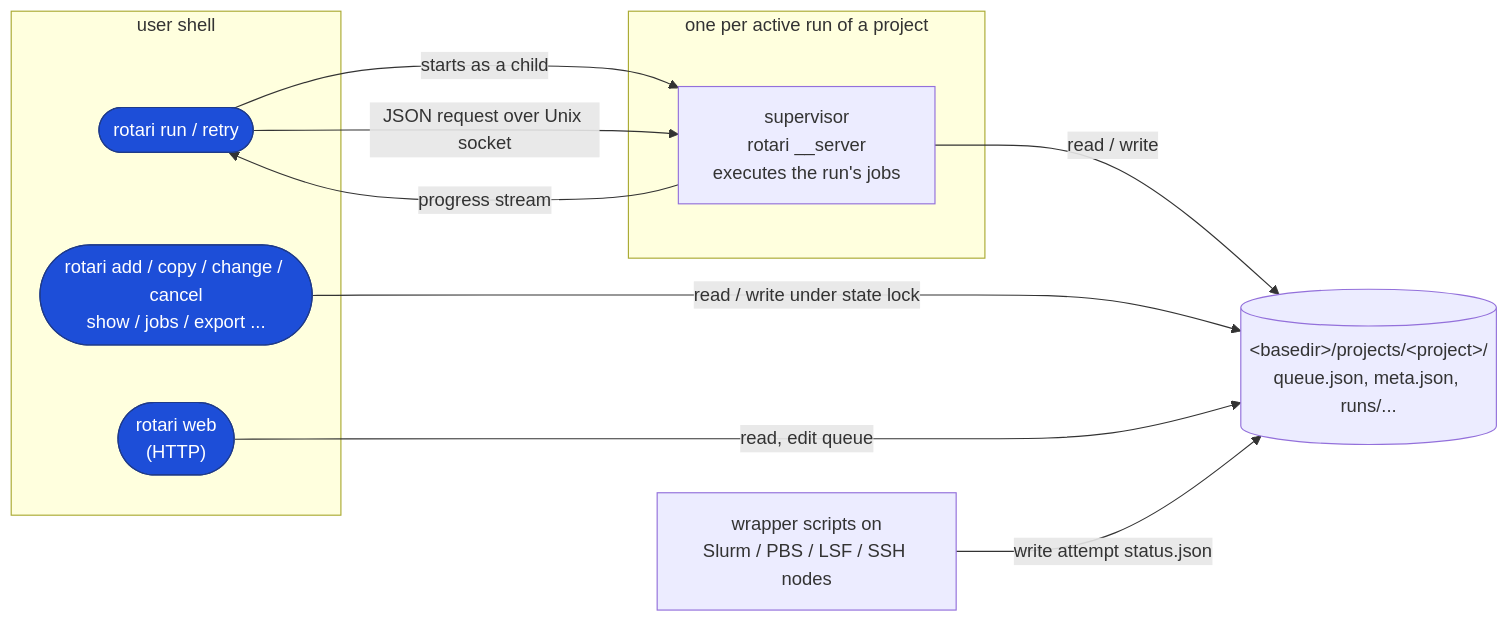
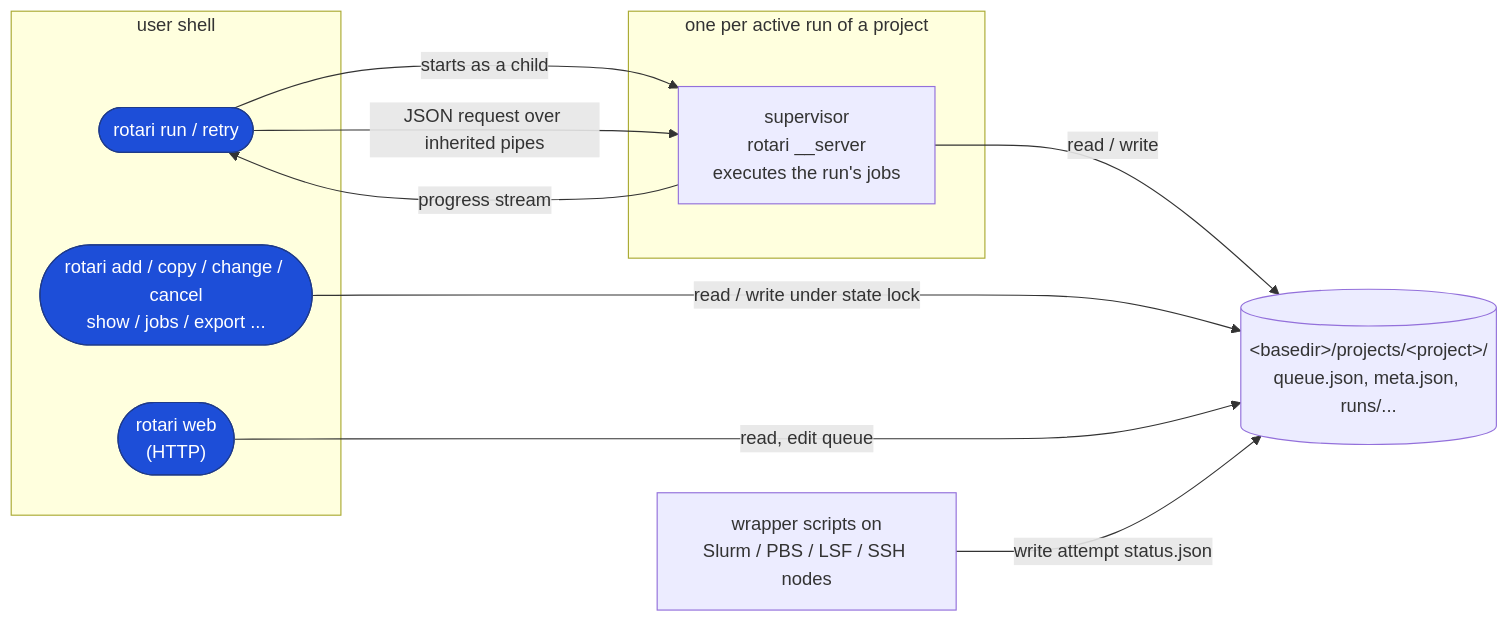
The first of 2 diagrams in docs/ARCHITECTURE.md (kamo-naoyuki/rotari), drawn with Mermaid before and after one commit. The commit also changed other lines of this file and 38 other files, not shown here.

First line of the commit message:
Connect run to its supervisor over inherited pipes

````diff
--- a/docs/ARCHITECTURE.md
+++ b/docs/ARCHITECTURE.md
@@ -17,24 +17,24 @@
 ```mermaid
 flowchart LR
   subgraph clients["user shell"]
     runcli(["rotari run / retry"])
     direct(["rotari add / copy / change / cancel<br/>show / jobs / export ..."])
     webcli(["rotari web<br/>(HTTP)"])
   end
   subgraph sup["one per active run of a project"]
     supervisor["supervisor<br/>rotari __server<br/>executes the run's jobs"]
   end
   files[("&lt;basedir&gt;/projects/&lt;project&gt;/<br/>queue.json, meta.json, runs/...")]
   nodes["wrapper scripts on<br/>Slurm / PBS / LSF / SSH nodes"]
 
   runcli -->|"starts as a child"| supervisor
-  runcli -->|"JSON request over Unix socket"| supervisor
+  runcli -->|"JSON request over inherited pipes"| supervisor
   supervisor -->|progress stream| runcli
   supervisor -->|read / write| files
   direct -->|"read / write under state lock"| files
   webcli -->|"read, edit queue"| files
   nodes -->|write attempt status.json| files
 
   classDef command fill:#1d4ed8,stroke:#1e3a8a,color:#ffffff
   class runcli,direct,webcli command
 ```
````
